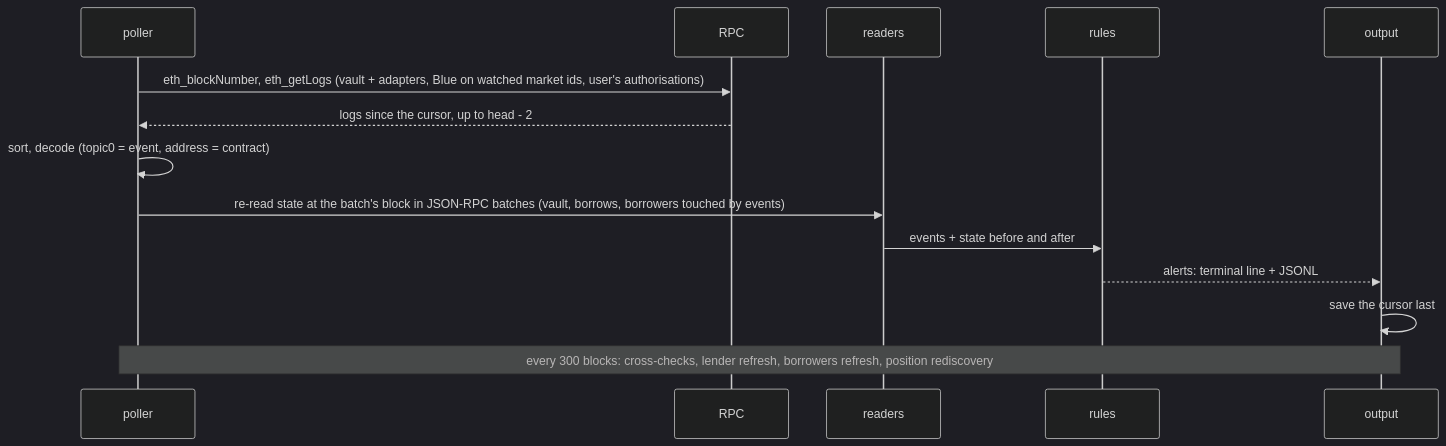
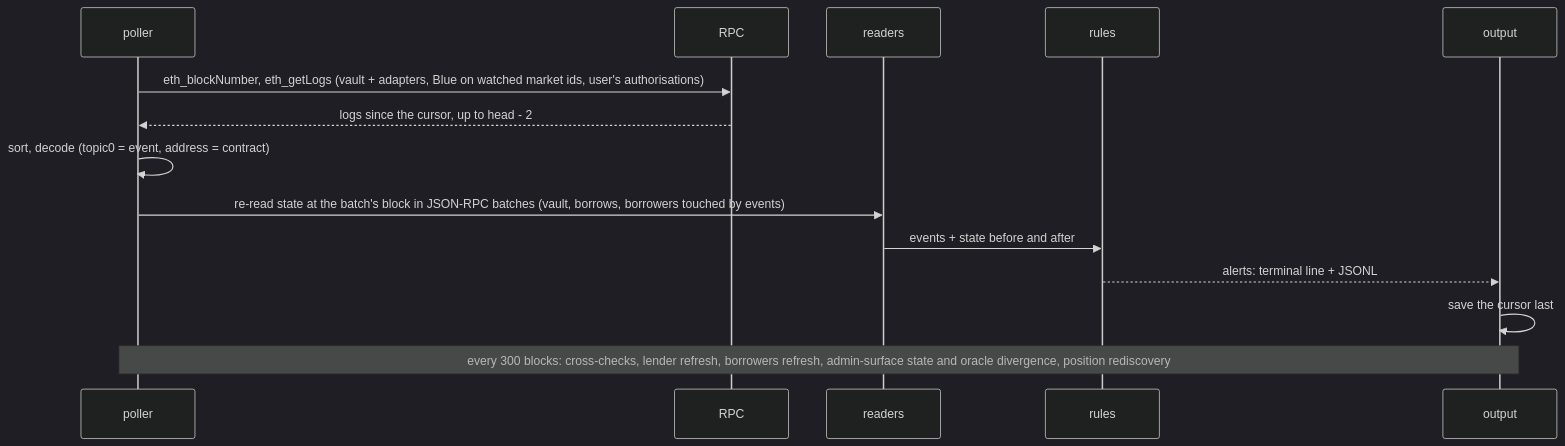
One commit to rya-sge/defi-monitoring changed the third of 3 diagrams in ARCHITECTURE.md. Above: the diagram before and after it, drawn with Mermaid (dark theme). The commit also changed other lines of this file and 374 other files, not shown here.

Commit message:
feat: watch the admin surface of watched markets (upgrades, owners, feeds, pauses, mints, Blue owner) and oracle divergence; handle free-RPC log limits

````diff
--- a/ARCHITECTURE.md
+++ b/ARCHITECTURE.md
@@ -165,16 +169,16 @@
 ```mermaid
 sequenceDiagram
   participant P as poller
   participant RPC as RPC
   participant S as readers
   participant R as rules
   participant O as output
   P->>RPC: eth_blockNumber, eth_getLogs (vault + adapters, Blue on watched market ids, user's authorisations)
   RPC-->>P: logs since the cursor, up to head - 2
   P->>P: sort, decode (topic0 = event, address = contract)
   P->>S: re-read state at the batch's block in JSON-RPC batches (vault, borrows, borrowers touched by events)
   S->>R: events + state before and after
   R-->>O: alerts: terminal line + JSONL
   O->>O: save the cursor last
-  Note over P,O: every 300 blocks: cross-checks, lender refresh, borrowers refresh, position rediscovery
+  Note over P,O: every 300 blocks: cross-checks, lender refresh, borrowers refresh, admin-surface state and oracle divergence, position rediscovery
 ```
````
